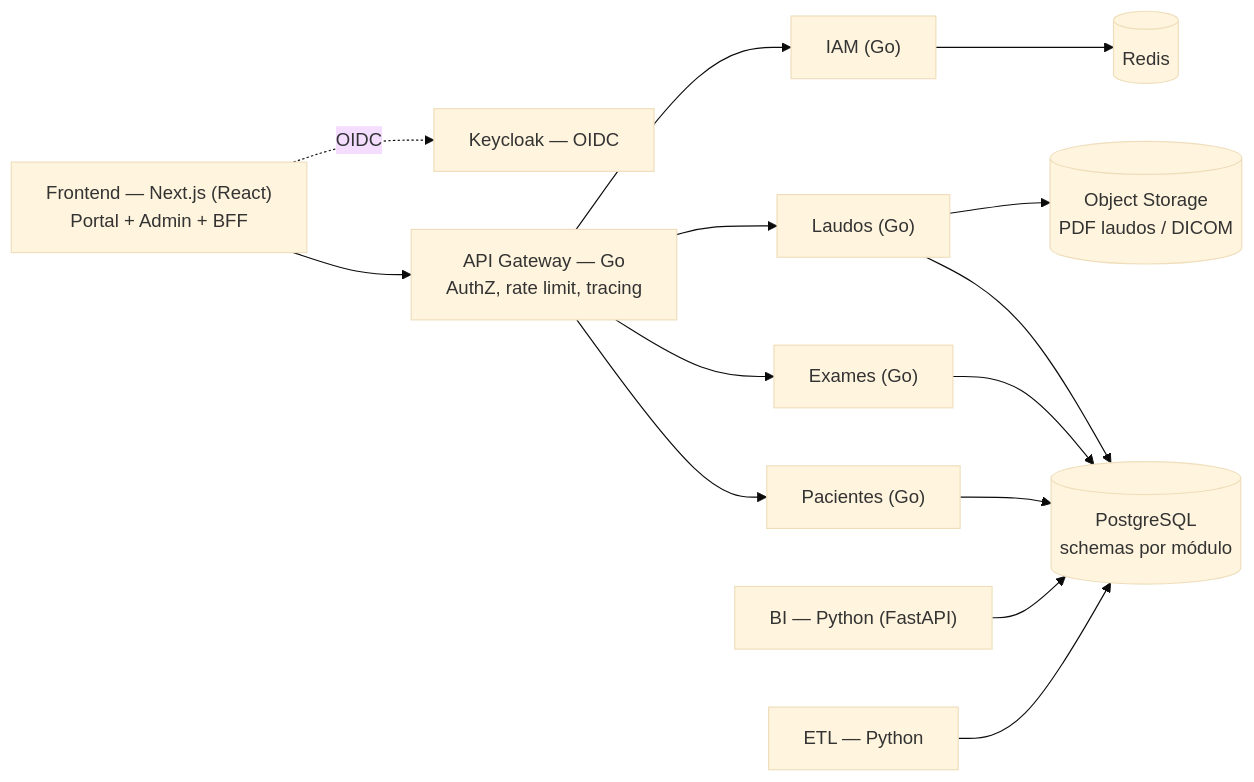
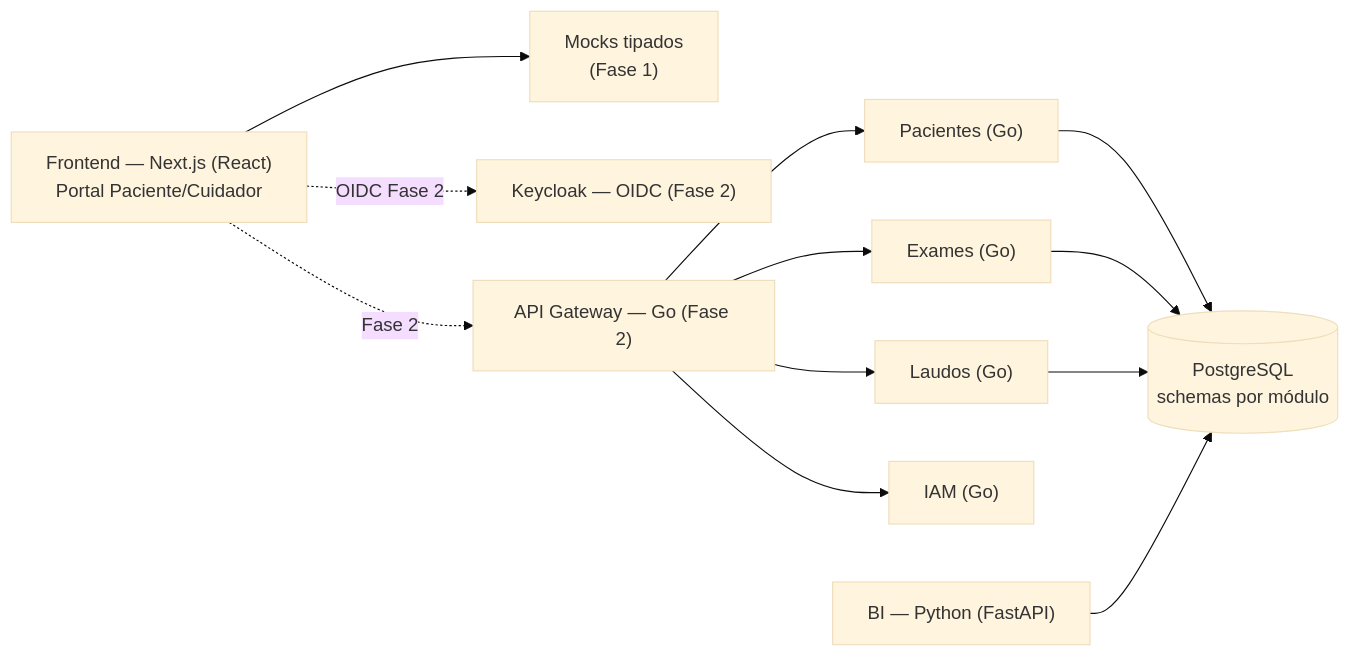
The diagram in CEREBRO-DO-PROJETO.md (gustavoantonio03/projeto_extensionista), drawn with Mermaid (base theme) before and after one commit. The commit also changed other lines of this file and 18 other files, not shown here.

````diff
--- a/CEREBRO-DO-PROJETO.md
+++ b/CEREBRO-DO-PROJETO.md
@@ -90,28 +120,24 @@
 ```mermaid
 flowchart LR
-  WEB["Frontend — Next.js (React)\nPortal + Admin + BFF"]
-  KC["Keycloak — OIDC"]
-  GW["API Gateway — Go\nAuthZ, rate limit, tracing"]
+  WEB["Frontend — Next.js (React)\nPortal Paciente/Cuidador"]
+  MOCK["Mocks tipados\n(Fase 1)"]
+  KC["Keycloak — OIDC (Fase 2)"]
+  GW["API Gateway — Go (Fase 2)"]
   PAC["Pacientes (Go)"]
   EXA["Exames (Go)"]
   LAU["Laudos (Go)"]
   IAM["IAM (Go)"]
   BI["BI — Python (FastAPI)"]
-  ETL["ETL — Python"]
   DB[("PostgreSQL\nschemas por módulo")]
-  RD[("Redis")]
-  S3[("Object Storage\nPDF laudos / DICOM")]
-  WEB --> GW
-  WEB -.->|OIDC| KC
+  WEB --> MOCK
+  WEB -.->|Fase 2| GW
+  WEB -.->|OIDC Fase 2| KC
   GW --> PAC
   GW --> EXA
   GW --> LAU
   GW --> IAM
   PAC --> DB
   EXA --> DB
   LAU --> DB
-  LAU --> S3
-  IAM --> RD
-  ETL --> DB
   BI --> DB
 ```
````
